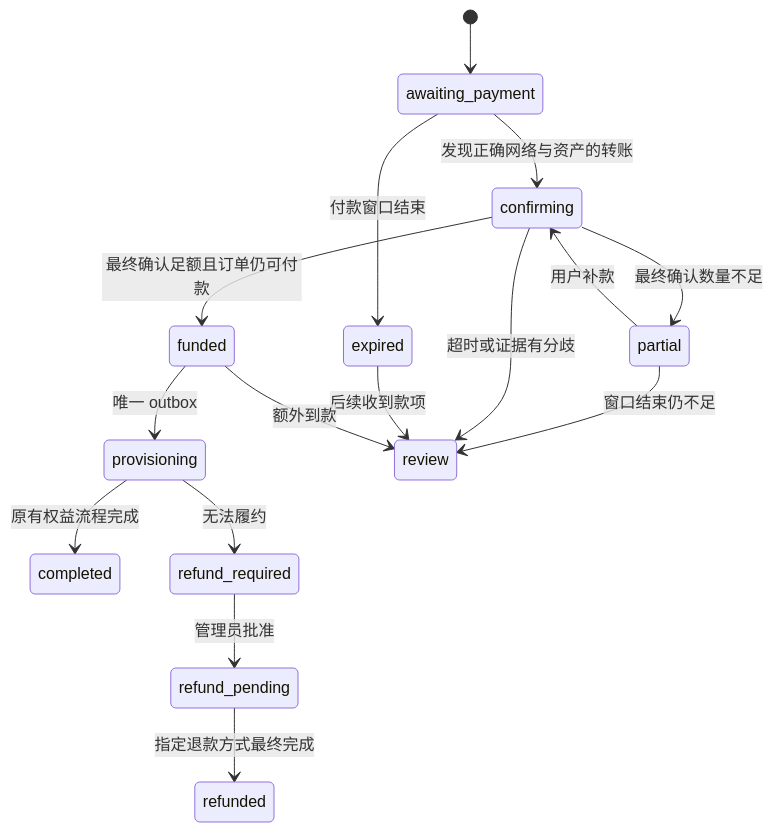
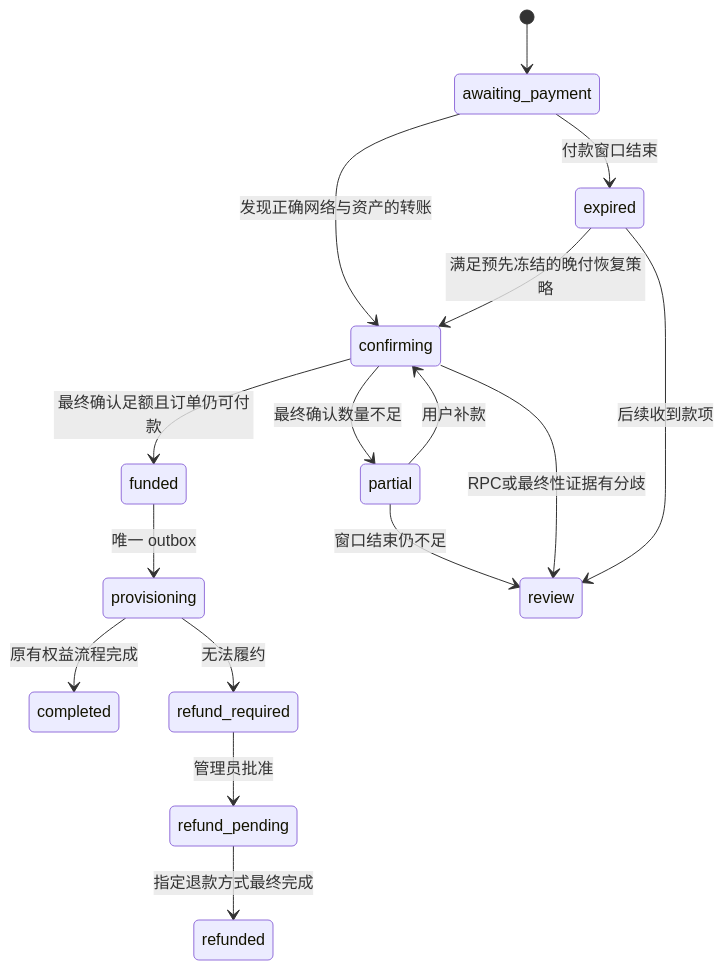
Before and after one commit to wudi000888-svg/guangyue-panel: the diagram in docs/CRYPTO_PAYMENTS.md, drawn with Mermaid. The commit also changed other lines of this file and 47 other files, not shown here.

````diff
--- a/docs/CRYPTO_PAYMENTS.md
+++ b/docs/CRYPTO_PAYMENTS.md
@@ -417,18 +546,18 @@
 ```mermaid
 stateDiagram-v2
   [*] --> awaiting_payment
   awaiting_payment --> confirming: 发现正确网络与资产的转账
   confirming --> partial: 最终确认数量不足
   partial --> confirming: 用户补款
   confirming --> funded: 最终确认足额且订单仍可付款
   funded --> provisioning: 唯一 outbox
   provisioning --> completed: 原有权益流程完成
   provisioning --> refund_required: 无法履约
   awaiting_payment --> expired: 付款窗口结束
   partial --> review: 窗口结束仍不足
-  confirming --> review: 超时或证据有分歧
+  confirming --> review: RPC或最终性证据有分歧
+  expired --> confirming: 满足预先冻结的晚付恢复策略
   expired --> review: 后续收到款项
-  funded --> review: 额外到款
   refund_required --> refund_pending: 管理员批准
   refund_pending --> refunded: 指定退款方式最终完成
 ```
````
